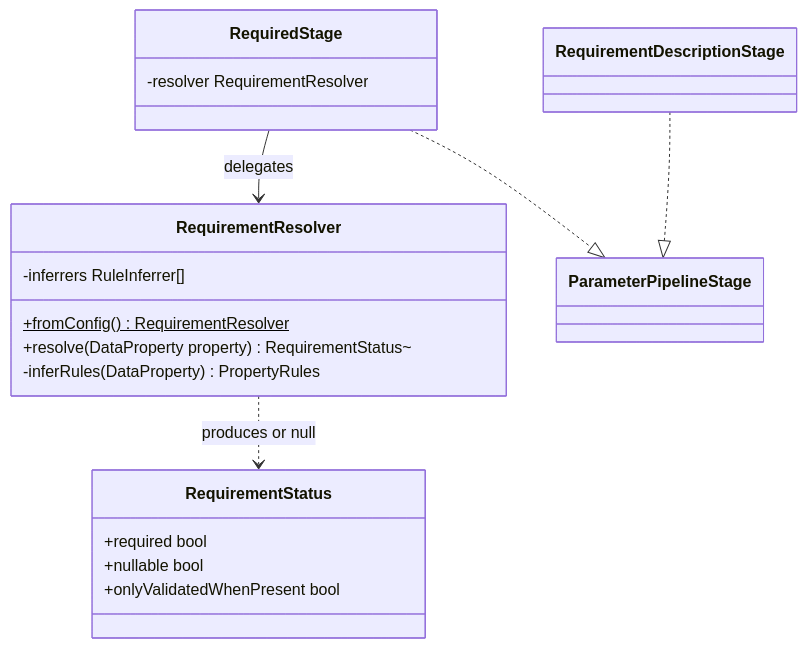
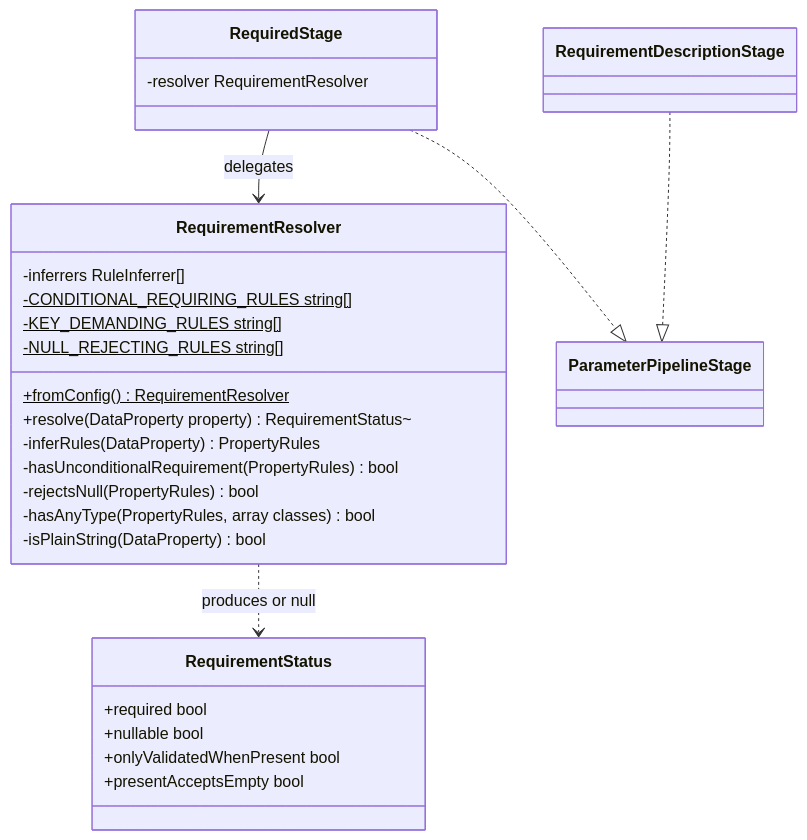
One commit to abrhadev/laravel-data-docs changed the diagram in spdd/prompt/LDD-202609260836-[Canvas]-pipeline-requirement-resolution.md. Above: the diagram before and after it, drawn with Mermaid. The commit also changed other lines of this file and 48 other files, not shown here.

First line of the commit message:
feat: document conditional requirement attributes (STORY-001-001)

````diff
--- a/spdd/prompt/LDD-202609260836-[Canvas]-pipeline-requirement-resolution.md
+++ b/spdd/prompt/LDD-202609260836-[Canvas]-pipeline-requirement-resolution.md
@@ -18,24 +19,32 @@
 ```mermaid
 classDiagram
     class RequiredStage {
         -resolver RequirementResolver
     }
     class RequirementDescriptionStage
     class RequirementResolver {
         -inferrers RuleInferrer[]
+        -CONDITIONAL_REQUIRING_RULES string[]$
+        -KEY_DEMANDING_RULES string[]$
+        -NULL_REJECTING_RULES string[]$
         +fromConfig() RequirementResolver$
         +resolve(DataProperty property) RequirementStatus~
         -inferRules(DataProperty) PropertyRules
+        -hasUnconditionalRequirement(PropertyRules) bool
+        -rejectsNull(PropertyRules) bool
+        -hasAnyType(PropertyRules, array classes) bool
+        -isPlainString(DataProperty) bool
     }
 
     class RequirementStatus {
         +required bool
         +nullable bool
         +onlyValidatedWhenPresent bool
+        +presentAcceptsEmpty bool
     }
 
     RequiredStage ..|> ParameterPipelineStage
     RequirementDescriptionStage ..|> ParameterPipelineStage
     RequiredStage --> RequirementResolver : delegates
     RequirementResolver ..> RequirementStatus : produces or null
 ```
````
